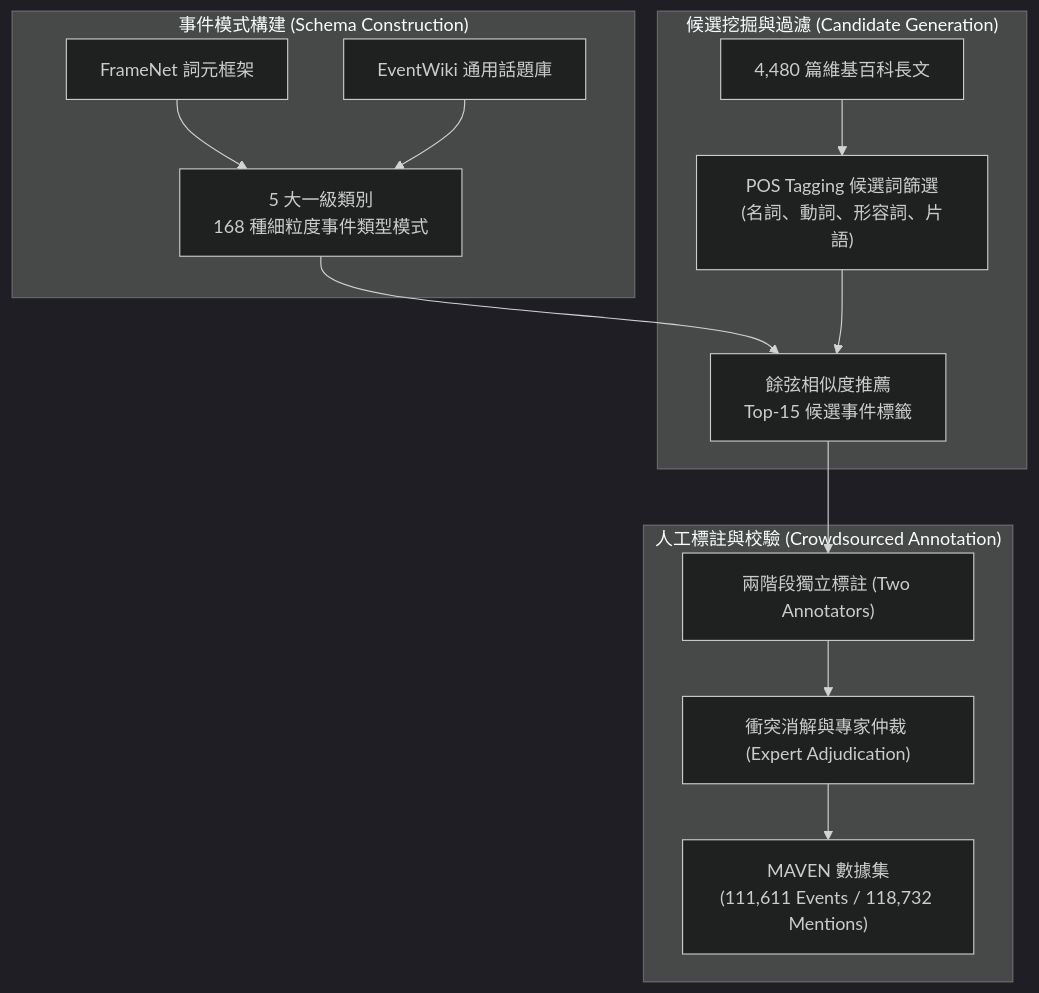
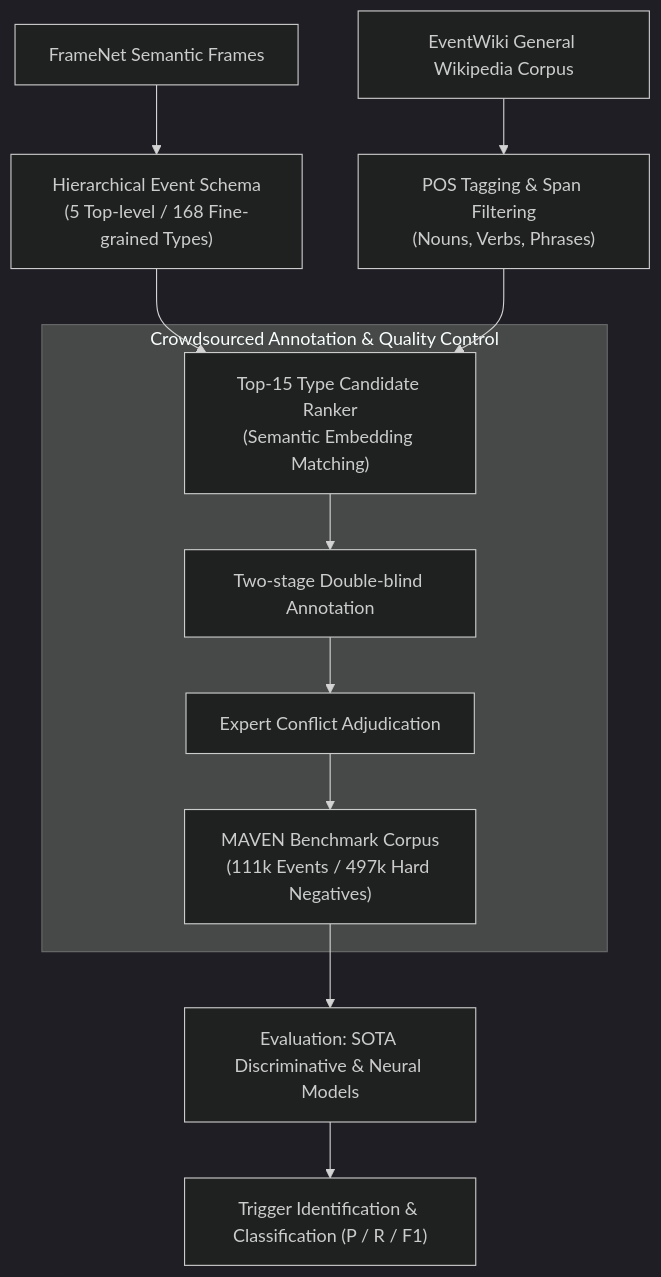
One commit to Cycl0n3-ga/RAG-survey changed the diagram in 03 - 論文庫 (Literature Notes)/04 - Knowledge & Graph RAG/(EMNLP 2020-11) MAVEN - A Massive General Domain Event Detection Dataset.md. Above: the diagram before and after it, drawn with Mermaid (dark theme). The commit also changed other lines of this file and 12 other files, not shown here.

````diff
--- a/03 - 論文庫 (Literature Notes)/04 - Knowledge & Graph RAG/(EMNLP 2020-11) MAVEN - A Massive General Domain Event Detection Dataset.md
+++ b/03 - 論文庫 (Literature Notes)/04 - Knowledge & Graph RAG/(EMNLP 2020-11) MAVEN - A Massive General Domain Event Detection Dataset.md
@@ -79,29 +120,17 @@
 ```mermaid
 flowchart TD
-    subgraph schema["事件模式構建 (Schema Construction)"]
-        FrameNet["FrameNet 詞元框架"]
-        EventWiki["EventWiki 通用話題庫"]
-        Hierarchy["5 大一級類別<br/>168 種細粒度事件類型模式"]
+    FrameNet["FrameNet Semantic Frames"] --> SchemaDef["Hierarchical Event Schema<br/>(5 Top-level / 168 Fine-grained Types)"]
+    EventWiki["EventWiki General Wikipedia Corpus"] --> CandidateExtract["POS Tagging & Span Filtering<br/>(Nouns, Verbs, Phrases)"]
+    
+    SchemaDef --> Ranker["Top-15 Type Candidate Ranker<br/>(Semantic Embedding Matching)"]
+    CandidateExtract --> Ranker
+    
+    subgraph crowd["Crowdsourced Annotation & Quality Control"]
+        Ranker --> DoubleBlind["Two-stage Double-blind Annotation"]
+        DoubleBlind --> Adjudication["Expert Conflict Adjudication"]
+        Adjudication --> FinalMAVEN["MAVEN Benchmark Corpus<br/>(111k Events / 497k Hard Negatives)"]
     end
-
-    subgraph mining["候選挖掘與過濾 (Candidate Generation)"]
-        Corpus["4,480 篇維基百科長文"]
-        POS["POS Tagging 候選詞篩選<br/>(名詞、動詞、形容詞、片語)"]
-        Ranker["餘弦相似度推薦<br/>Top-15 候選事件標籤"]
-    end
-
-    subgraph annot["人工標註與校驗 (Crowdsourced Annotation)"]
-        Anno["兩階段獨立標註 (Two Annotators)"]
-        Conflict["衝突消解與專家仲裁 (Expert Adjudication)"]
-        MAVEN_DS["MAVEN 數據集<br/>(111,611 Events / 118,732 Mentions)"]
-    end
-
-    FrameNet --> Hierarchy
-    EventWiki --> Hierarchy
-    Hierarchy --> Ranker
-    Corpus --> POS
-    POS --> Ranker
-    Ranker --> Anno
-    Anno --> Conflict
-    Conflict --> MAVEN_DS
+    
+    FinalMAVEN --> TaskEval["Evaluation: SOTA Discriminative & Neural Models"]
+    TaskEval --> BenchReport["Trigger Identification & Classification (P / R / F1)"]
 ```
````
